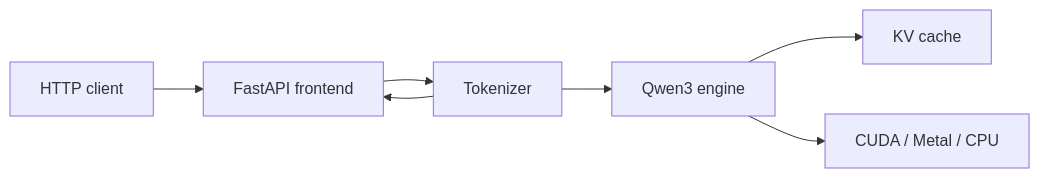
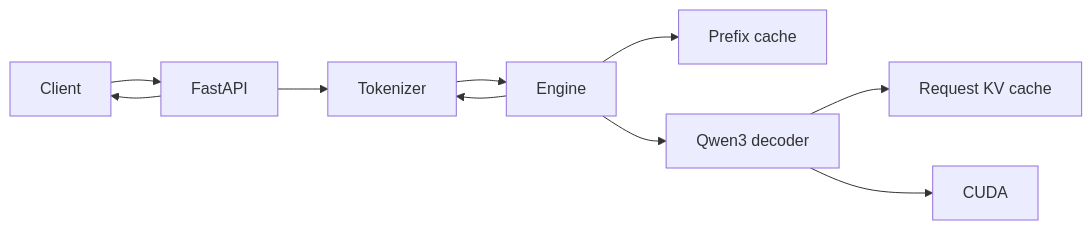
Before and after one commit to sidmanale643/helios: the diagram in README.md, drawn with Mermaid. The commit also changed other lines of this file, not shown here.

Commit message:
docs: describe current prefix cache runtime

````diff
--- a/README.md
+++ b/README.md
@@ -26,9 +125,12 @@
 ```mermaid
 flowchart LR
-    Client[HTTP client] --> API[FastAPI frontend]
-    API --> Tokenizer[Tokenizer]
-    Tokenizer --> Engine[Qwen3 engine]
-    Engine --> Cache[KV cache]
-    Engine --> Device[CUDA / Metal / CPU]
-    Tokenizer --> API
+    Client --> FastAPI
+    FastAPI --> Tokenizer
+    Tokenizer --> Engine
+    Engine --> PrefixCache[Prefix cache]
+    Engine --> Qwen3[Qwen3 decoder]
+    Qwen3 --> KVCache[Request KV cache]
+    Qwen3 --> CUDA
+    Engine --> Tokenizer
+    FastAPI --> Client
 ```
````
